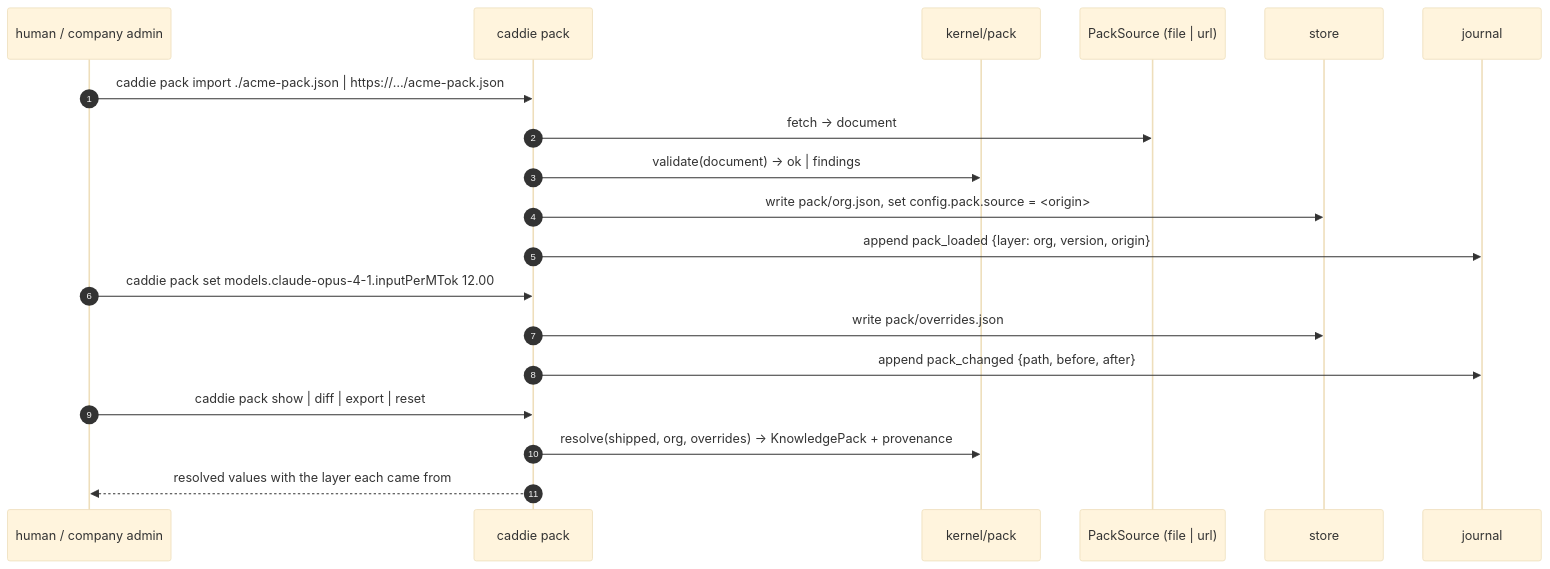
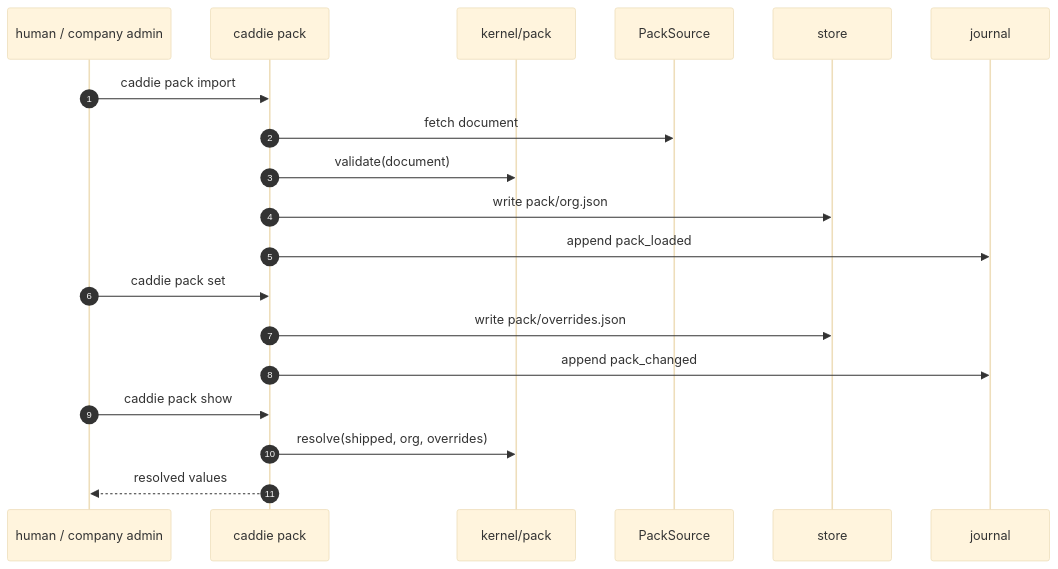
Before and after one commit to wrightm/agent-caddie: the eighth of 8 diagrams in docs/architecture/flows.md, drawn with Mermaid (base theme). The commit also changed other lines of this file, not shown here.

First line of the commit message:
docs(architecture): shorten sequence diagram labels in flows.md

````diff
--- a/docs/architecture/flows.md
+++ b/docs/architecture/flows.md
@@ -336,22 +475,22 @@
 ```mermaid
 sequenceDiagram
     autonumber
     participant U as human / company admin
     participant CLI as caddie pack
     participant PK as kernel/pack
-    participant PS as PackSource (file | url)
+    participant PS as PackSource
     participant ST as store
     participant J as journal
 
-    U->>CLI: caddie pack import ./acme-pack.json | https://…/acme-pack.json
-    CLI->>PS: fetch → document
-    CLI->>PK: validate(document) → ok | findings
-    CLI->>ST: write pack/org.json, set config.pack.source = <origin>
-    CLI->>J: append pack_loaded {layer: org, version, origin}
-    U->>CLI: caddie pack set models.claude-opus-4-1.inputPerMTok 12.00
+    U->>CLI: caddie pack import
+    CLI->>PS: fetch document
+    CLI->>PK: validate(document)
+    CLI->>ST: write pack/org.json
+    CLI->>J: append pack_loaded
+    U->>CLI: caddie pack set
     CLI->>ST: write pack/overrides.json
-    CLI->>J: append pack_changed {path, before, after}
-    U->>CLI: caddie pack show | diff | export | reset
-    CLI->>PK: resolve(shipped, org, overrides) → KnowledgePack + provenance
-    CLI-->>U: resolved values with the layer each came from
+    CLI->>J: append pack_changed
+    U->>CLI: caddie pack show
+    CLI->>PK: resolve(shipped, org, overrides)
+    CLI-->>U: resolved values
 ```
````
